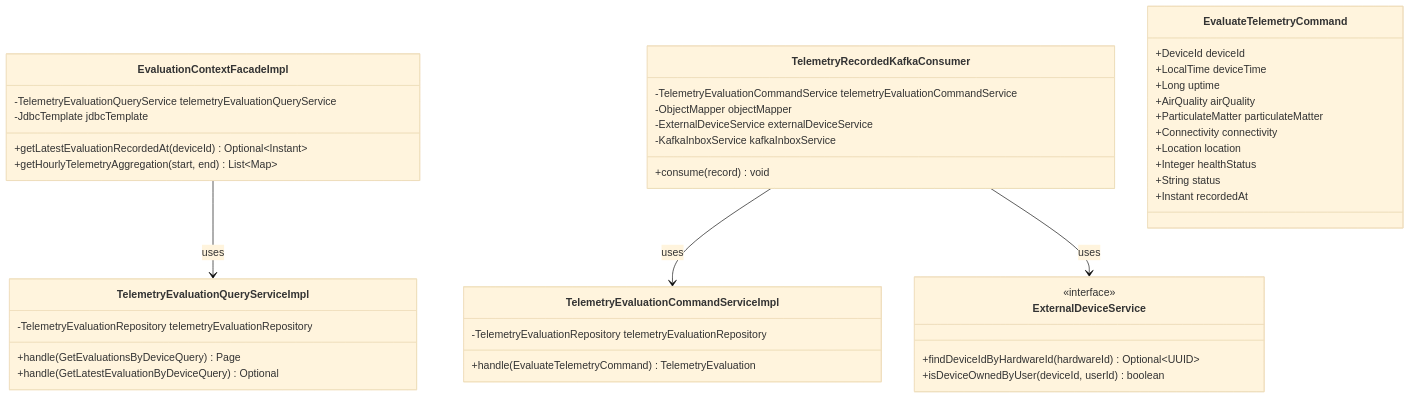
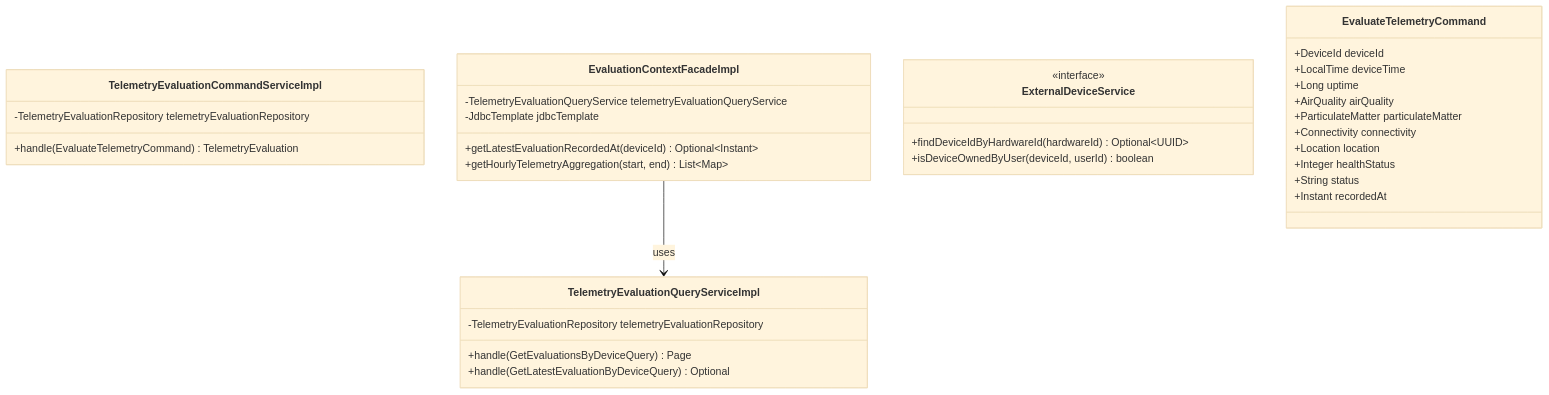
The third of 5 diagrams in docs/class-diagrams/evaluation-bc.md (Vanana-Desarrollo-de-Soluciones-IOT/clair-core), drawn with Mermaid (base theme) before and after one commit. The commit also changed other lines of this file and 54 other files, not shown here.

````diff
--- a/docs/class-diagrams/evaluation-bc.md
+++ b/docs/class-diagrams/evaluation-bc.md
@@ -173,46 +164,37 @@
 ```mermaid
 classDiagram
 class TelemetryEvaluationCommandServiceImpl {
     -TelemetryEvaluationRepository telemetryEvaluationRepository
     +handle(EvaluateTelemetryCommand) TelemetryEvaluation
 }
 class TelemetryEvaluationQueryServiceImpl {
     -TelemetryEvaluationRepository telemetryEvaluationRepository
     +handle(GetEvaluationsByDeviceQuery) Page
     +handle(GetLatestEvaluationByDeviceQuery) Optional
 }
 class EvaluationContextFacadeImpl {
     -TelemetryEvaluationQueryService telemetryEvaluationQueryService
     -JdbcTemplate jdbcTemplate
     +getLatestEvaluationRecordedAt(deviceId) Optional~Instant~
     +getHourlyTelemetryAggregation(start, end) List~Map~
-}
-class TelemetryRecordedKafkaConsumer {
-    -TelemetryEvaluationCommandService telemetryEvaluationCommandService
-    -ObjectMapper objectMapper
-    -ExternalDeviceService externalDeviceService
-    -KafkaInboxService kafkaInboxService
-    +consume(record) void
 }
 class ExternalDeviceService {
     <<interface>>
     +findDeviceIdByHardwareId(hardwareId) Optional~UUID~
     +isDeviceOwnedByUser(deviceId, userId) boolean
 }
 class EvaluateTelemetryCommand {
     +DeviceId deviceId
     +LocalTime deviceTime
     +Long uptime
     +AirQuality airQuality
     +ParticulateMatter particulateMatter
     +Connectivity connectivity
     +Location location
     +Integer healthStatus
     +String status
     +Instant recordedAt
 }
 
-TelemetryRecordedKafkaConsumer --> TelemetryEvaluationCommandServiceImpl : uses
-TelemetryRecordedKafkaConsumer --> ExternalDeviceService : uses
 EvaluationContextFacadeImpl --> TelemetryEvaluationQueryServiceImpl : uses
 ```
````
